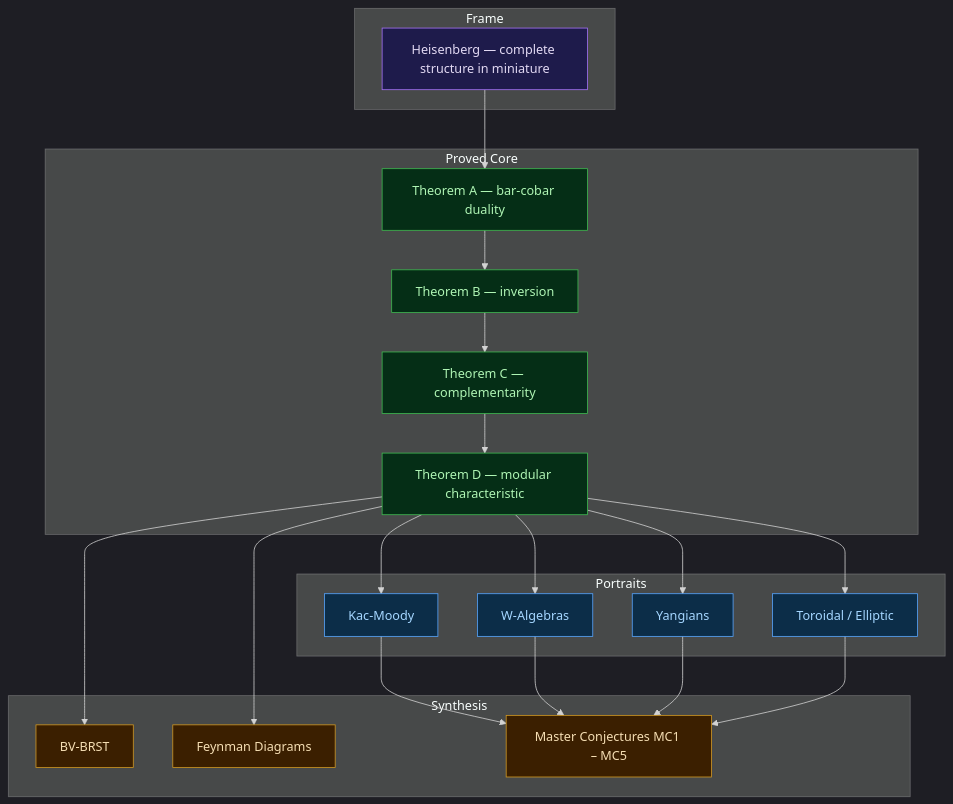
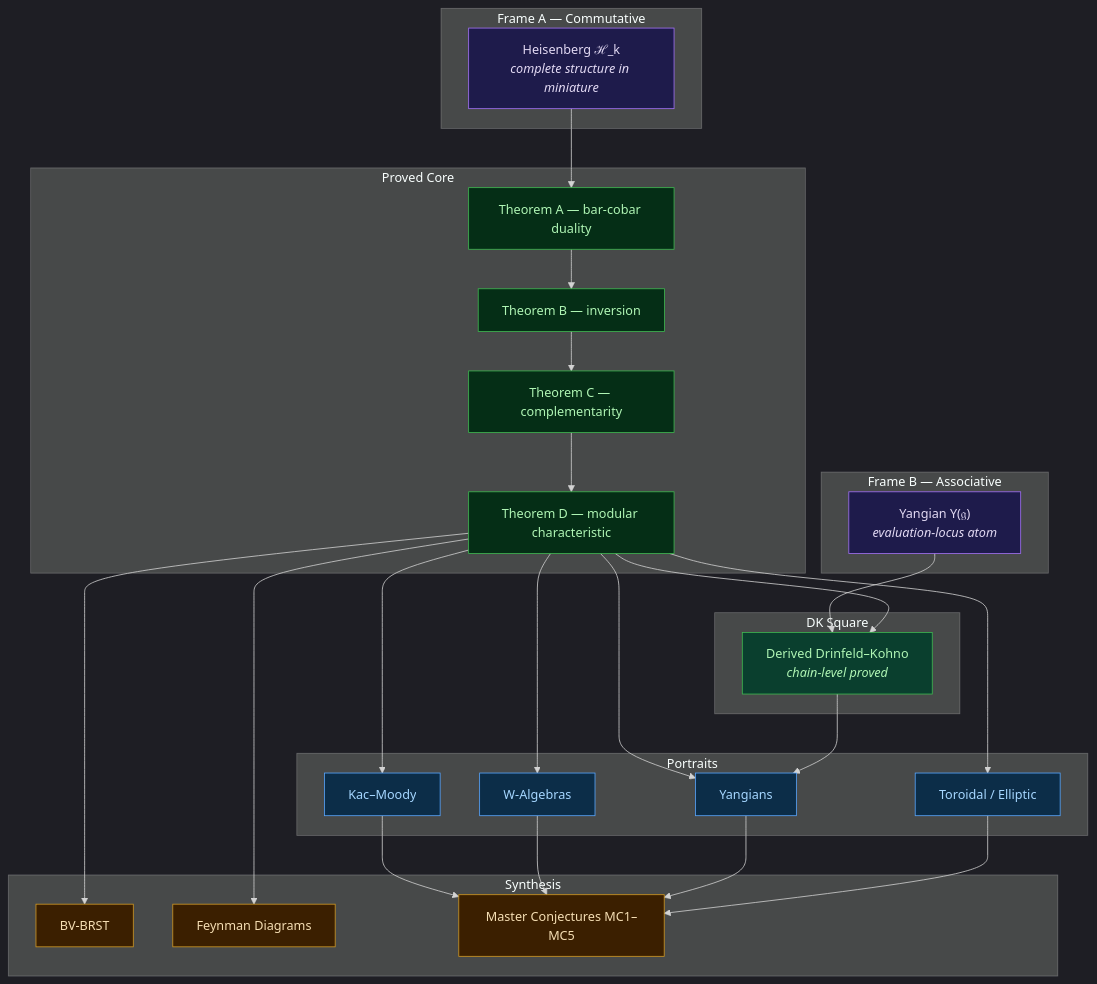
One commit to raeez/chiral-bar-cobar changed the diagram in README.md. Above: the diagram before and after it, drawn with Mermaid. The commit also changed other lines of this file and 30 other files, not shown here.

````diff
--- a/README.md
+++ b/README.md
@@ -111,46 +148,59 @@
 ```mermaid
 %%{init:{'theme':'dark'}}%%
 graph TD
-    subgraph FA["Frame"]
-        F1["Heisenberg &mdash; complete structure in miniature"]
+    subgraph FA["Frame A — Commutative"]
+        F1["Heisenberg ℋ_k<br><i>complete structure in miniature</i>"]
+    end
+
+    subgraph FB["Frame B — Associative"]
+        F2["Yangian Y(𝔤)<br><i>evaluation-locus atom</i>"]
     end
 
     subgraph CB["Proved Core"]
-        C1["Theorem A &mdash; bar-cobar duality"]
-        C2["Theorem B &mdash; inversion"]
-        C3["Theorem C &mdash; complementarity"]
-        C4["Theorem D &mdash; modular characteristic"]
+        C1["Theorem A — bar-cobar duality"]
+        C2["Theorem B — inversion"]
+        C3["Theorem C — complementarity"]
+        C4["Theorem D — modular characteristic"]
+    end
+
+    subgraph DK["DK Square"]
+        D1["Derived Drinfeld–Kohno<br><i>chain-level proved</i>"]
     end
 
     subgraph PO["Portraits"]
-        P1["Kac-Moody"]
+        P1["Kac–Moody"]
         P2["W-Algebras"]
         P3["Yangians"]
         P4["Toroidal / Elliptic"]
     end
 
     subgraph SY["Synthesis"]
         S1["BV-BRST"]
         S2["Feynman Diagrams"]
-        S3["Master Conjectures MC1 &ndash; MC5"]
+        S3["Master Conjectures MC1–MC5"]
     end
 
     F1 --> C1
+    F2 --> D1
     C1 --> C2 --> C3 --> C4
+    C4 --> D1
     C4 --> P1 & P2 & P3 & P4
+    D1 --> P3
     P1 & P2 & P3 & P4 --> S3
     C4 --> S1 & S2
 
     style F1 fill:#1e1b4b,stroke:#a371f7,color:#e2d9f3
+    style F2 fill:#1e1b4b,stroke:#a371f7,color:#e2d9f3
     style C1 fill:#052e16,stroke:#3fb950,color:#aff5b4
     style C2 fill:#052e16,stroke:#3fb950,color:#aff5b4
     style C3 fill:#052e16,stroke:#3fb950,color:#aff5b4
     style C4 fill:#052e16,stroke:#3fb950,color:#aff5b4
+    style D1 fill:#0a3f2e,stroke:#3fb950,color:#aff5b4
     style P1 fill:#0c2d48,stroke:#58a6ff,color:#a5d6ff
     style P2 fill:#0c2d48,stroke:#58a6ff,color:#a5d6ff
     style P3 fill:#0c2d48,stroke:#58a6ff,color:#a5d6ff
     style P4 fill:#0c2d48,stroke:#58a6ff,color:#a5d6ff
     style S1 fill:#3b1f00,stroke:#d29922,color:#f5deb3
     style S2 fill:#3b1f00,stroke:#d29922,color:#f5deb3
     style S3 fill:#3b1f00,stroke:#d29922,color:#f5deb3
 ```
````
